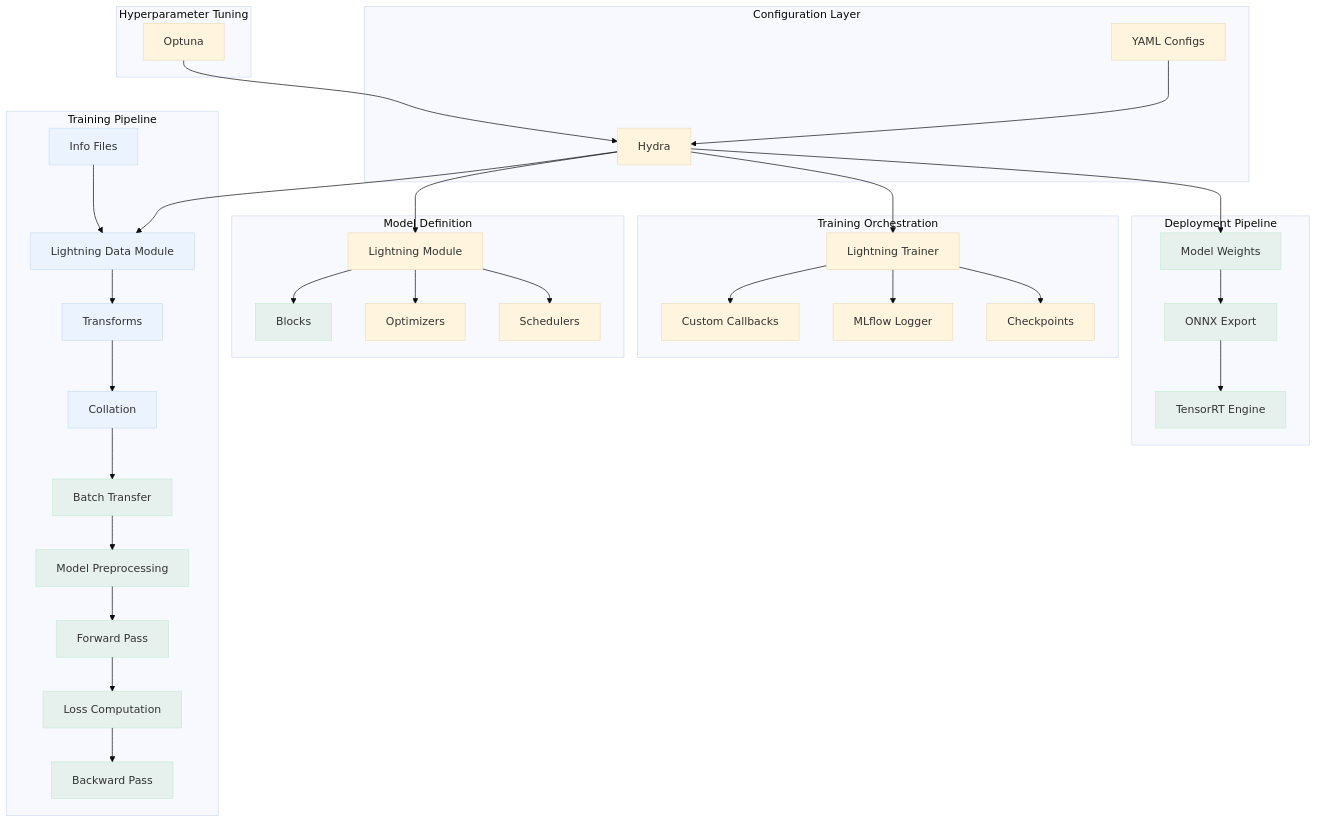
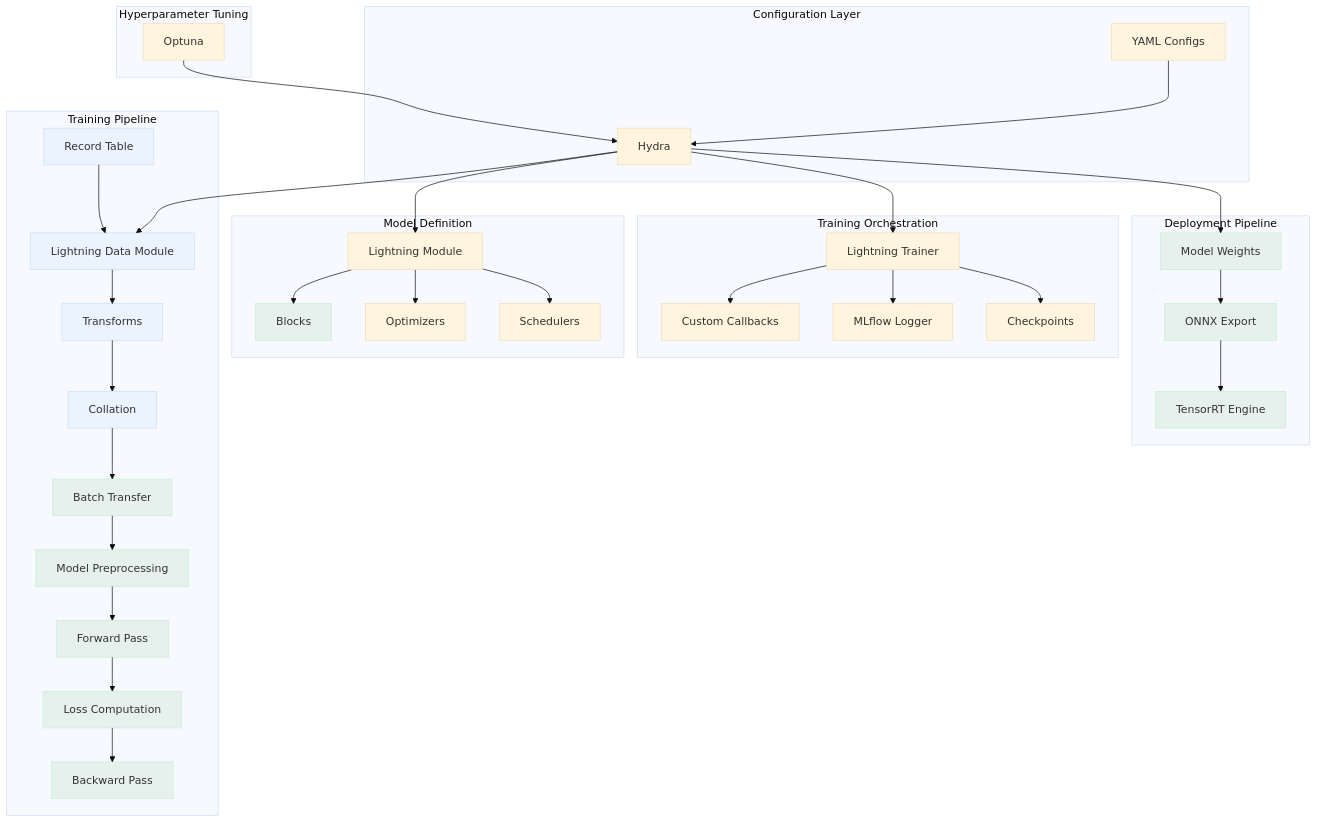
Before and after one commit to tier4/autoware-ml: the first of 2 diagrams in docs/framework/design.md, drawn with Mermaid (base theme). The commit also changed other lines of this file and 353 other files, not shown here.

````diff
--- a/docs/framework/design.md
+++ b/docs/framework/design.md
@@ -11,63 +11,63 @@
 ```mermaid
 flowchart TB
     subgraph Optimization [Hyperparameter Tuning]
         Optuna[Optuna]
     end
 
     subgraph Configuration [Configuration Layer]
         YAML[YAML Configs]
         Optuna --> Hydra[Hydra]
         YAML --> Hydra
     end
 
     subgraph TrainingPipeline [Training Pipeline]
-        InfoFiles[Info Files]
-        InfoFiles --> LightningDataModule[Lightning Data Module]
+        RecordTable[Record Table]
+        RecordTable --> LightningDataModule[Lightning Data Module]
         LightningDataModule --> Transforms[Transforms]
         Transforms --> Collation[Collation]
         Collation --> BatchTransfer[Batch Transfer]
         BatchTransfer --> Preprocessing[Model Preprocessing]
         Preprocessing --> ForwardPass[Forward Pass]
         ForwardPass --> LossComputation[Loss Computation]
         LossComputation --> BackwardPass[Backward Pass]
     end
 
     subgraph ModelLayer [Model Definition]
         LightningModule[Lightning Module]
         LightningModule --> Blocks["Blocks"]
         LightningModule --> Optimizers["Optimizers"]
         LightningModule --> Schedulers["Schedulers"]
     end
 
     subgraph TrainingLoop [Training Orchestration]
         Trainer[Lightning Trainer]
         Trainer --> CustomCallbacks[Custom Callbacks]
         Trainer --> MLflow[MLflow Logger]
         Trainer --> Checkpoints[Checkpoints]
     end
 
     subgraph Deployment [Deployment Pipeline]
         ModelWeights[Model Weights]
         ModelWeights --> ONNXExport[ONNX Export]
         ONNXExport --> TensorRTEngine[TensorRT Engine]
     end
 
     Hydra --> LightningDataModule
     Hydra --> LightningModule
     Hydra --> Trainer
     Hydra --> ModelWeights
 
-    style InfoFiles fill:#bbdefb,opacity:0.2,stroke:#1976d2
+    style RecordTable fill:#bbdefb,opacity:0.2,stroke:#1976d2
     style LightningDataModule fill:#bbdefb,opacity:0.2,stroke:#1976d2
     style Transforms fill:#bbdefb,opacity:0.2,stroke:#1976d2
     style Collation fill:#bbdefb,opacity:0.2,stroke:#1976d2
     style ModelWeights fill:#a5d6a7,opacity:0.2,stroke:#05bc23
     style ONNXExport fill:#a5d6a7,opacity:0.2,stroke:#05bc23
     style TensorRTEngine fill:#a5d6a7,opacity:0.2,stroke:#05bc23
     style Blocks fill:#a5d6a7,opacity:0.2,stroke:#05bc23
     style BatchTransfer fill:#a5d6a7,opacity:0.2,stroke:#05bc23
     style Preprocessing fill:#a5d6a7,opacity:0.2,stroke:#05bc23
     style ForwardPass fill:#a5d6a7,opacity:0.2,stroke:#05bc23
     style LossComputation fill:#a5d6a7,opacity:0.2,stroke:#05bc23
     style BackwardPass fill:#a5d6a7,opacity:0.2,stroke:#05bc23
 ```
````
